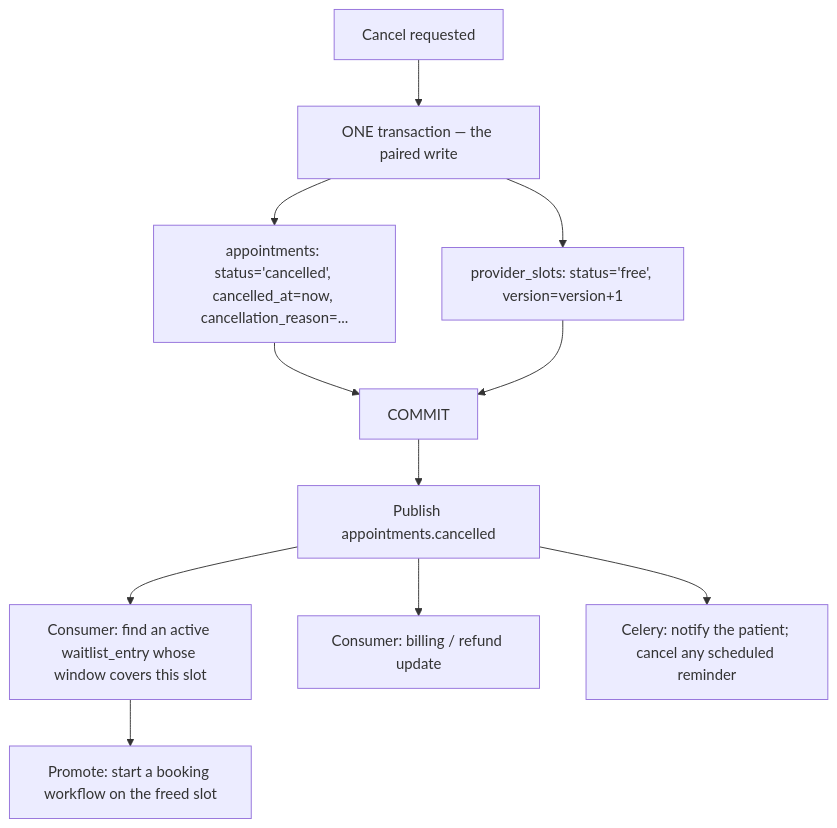
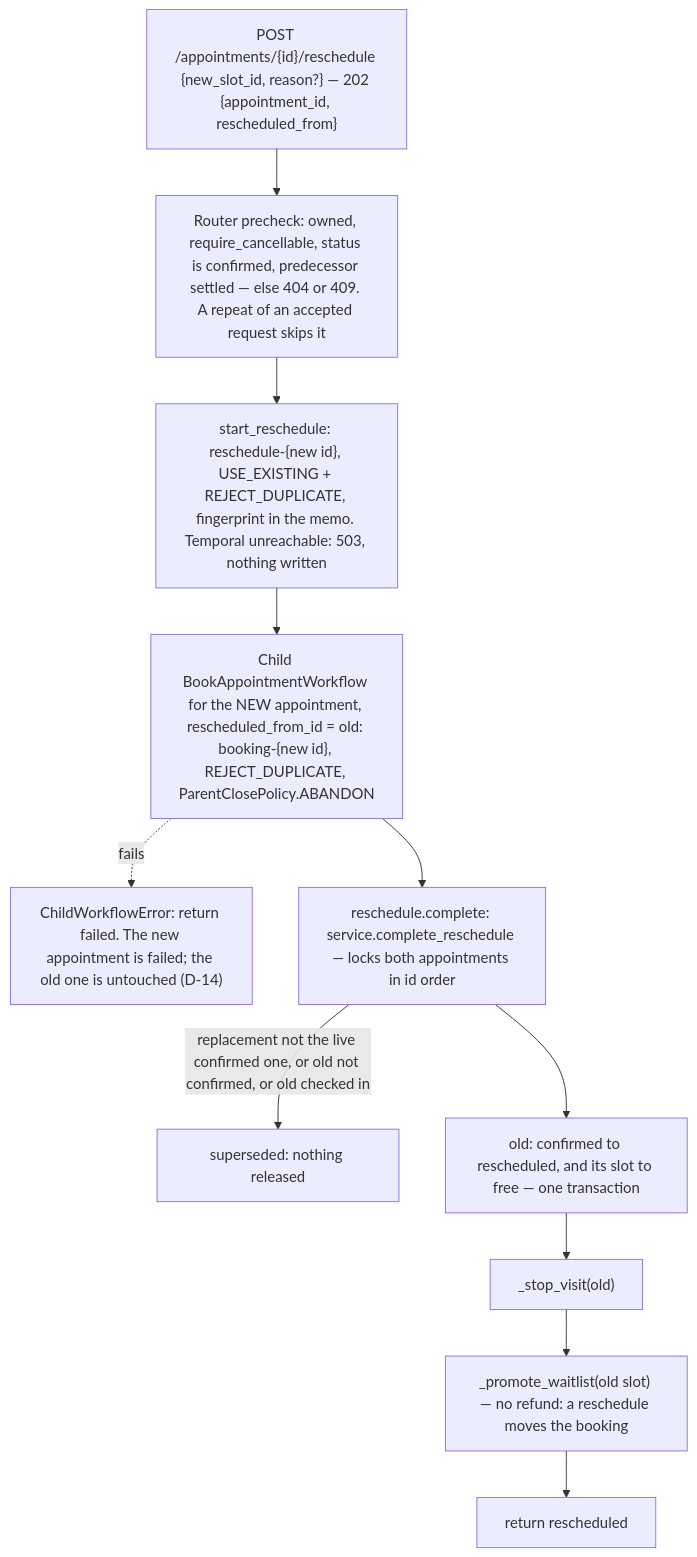
One commit to sadainiqrar/smarthealth changed diagram 12 of 12 in docs/ARCHITECTURE.md. Above: the diagram before and after it, drawn with Mermaid. The commit also changed other lines of this file and 3 other files, not shown here.

````diff
--- a/docs/ARCHITECTURE.md
+++ b/docs/ARCHITECTURE.md
@@ -1294,23 +1402,20 @@
 ```mermaid
 flowchart TD
-    cancel["Cancel requested"]
-    txn["ONE transaction — the paired write"]
-    a1["appointments: status='cancelled', cancelled_at=now, cancellation_reason=..."]
-    a2["provider_slots: status='free', version=version+1"]
-    commit["COMMIT"]
-    ev["Publish appointments.cancelled"]
-    wl["Consumer: find an active waitlist_entry whose window covers this slot"]
-    promote["Promote: start a booking workflow on the freed slot"]
-    bill["Consumer: billing / refund update"]
-    notify["Celery: notify the patient; cancel any scheduled reminder"]
+    req["POST /appointments/{id}/reschedule {new_slot_id, reason?} — 202 {appointment_id, rescheduled_from}"]
+    pre["Router precheck: owned, require_cancellable, status is confirmed, predecessor settled — else 404 or 409. A repeat of an accepted request skips it"]
+    start["start_reschedule: reschedule-{new id}, USE_EXISTING + REJECT_DUPLICATE, fingerprint in the memo. Temporal unreachable: 503, nothing written"]
+    child["Child BookAppointmentWorkflow for the NEW appointment, rescheduled_from_id = old: booking-{new id}, REJECT_DUPLICATE, ParentClosePolicy.ABANDON"]
+    failed["ChildWorkflowError: return failed. The new appointment is failed; the old one is untouched (D-14)"]
+    complete["reschedule.complete: service.complete_reschedule — locks both appointments in id order"]
+    super["superseded: nothing released"]
+    release["old: confirmed to rescheduled, and its slot to free — one transaction"]
+    stop["_stop_visit(old)"]
+    promote["_promote_waitlist(old slot) — no refund: a reschedule moves the booking"]
+    done["return rescheduled"]
 
-    cancel --> txn
-    txn --> a1
-    txn --> a2
-    a1 --> commit
-    a2 --> commit
-    commit --> ev
-    ev --> wl --> promote
-    ev --> bill
-    ev --> notify
+    req --> pre --> start --> child
+    child -. fails .-> failed
+    child --> complete
+    complete -->|"replacement not the live confirmed one, or old not confirmed, or old checked in"| super
+    complete --> release --> stop --> promote --> done
 ```
````
